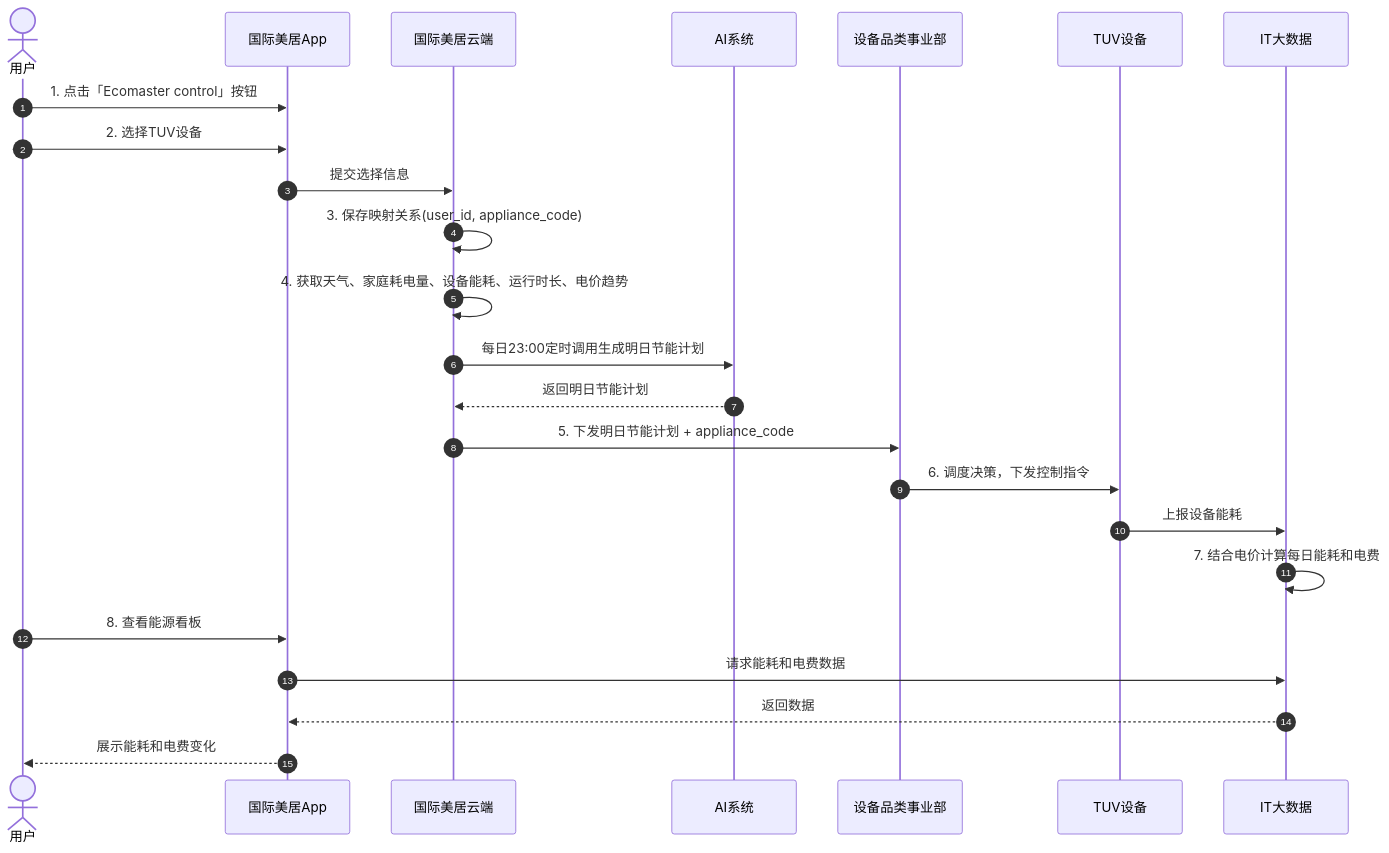
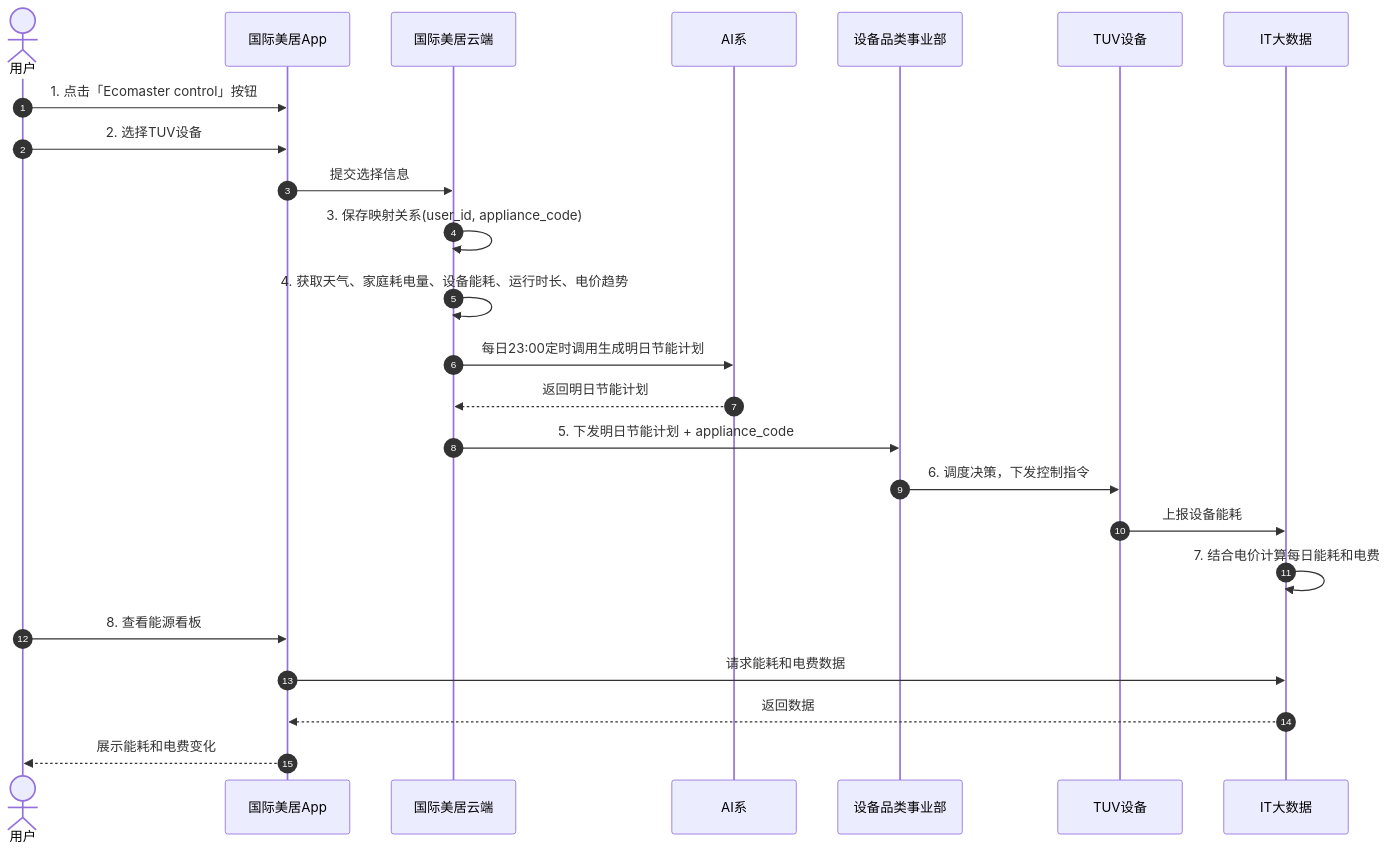
One commit to ixiaoyang8/iodraw-files changed the diagram in all/未命名-19.md. Above: the diagram before and after it, drawn with Mermaid.

Commit message:
2026-09-16 13:34:02 update

````diff
--- a/all/未命名-19.md
+++ b/all/未命名-19.md
@@ -1,28 +1,28 @@
 ```mermaid
 sequenceDiagram
     autonumber
     actor 用户 as 用户
     participant App as 国际美居App
     participant Cloud as 国际美居云端
-    participant AI as AI系统
+    participant AI as AI系
     participant Division as 设备品类事业部
     participant Device as TUV设备
     participant BigData as IT大数据
 
     用户->>App: 1. 点击「Ecomaster control」按钮
     用户->>App: 2. 选择TUV设备
     App->>Cloud: 提交选择信息
     Cloud->>Cloud: 3. 保存映射关系(user_id, appliance_code)
     Cloud->>Cloud: 4. 获取天气、家庭耗电量、设备能耗、运行时长、电价趋势
     Cloud->>AI: 每日23:00定时调用生成明日节能计划
     AI-->>Cloud: 返回明日节能计划
     Cloud->>Division: 5. 下发明日节能计划 + appliance_code
     Division->>Device: 6. 调度决策，下发控制指令
     Device->>BigData: 上报设备能耗
     BigData->>BigData: 7. 结合电价计算每日能耗和电费
     用户->>App: 8. 查看能源看板
     App->>BigData: 请求能耗和电费数据
     BigData-->>App: 返回数据
     App-->>用户: 展示能耗和电费变化
 
 ```
````
